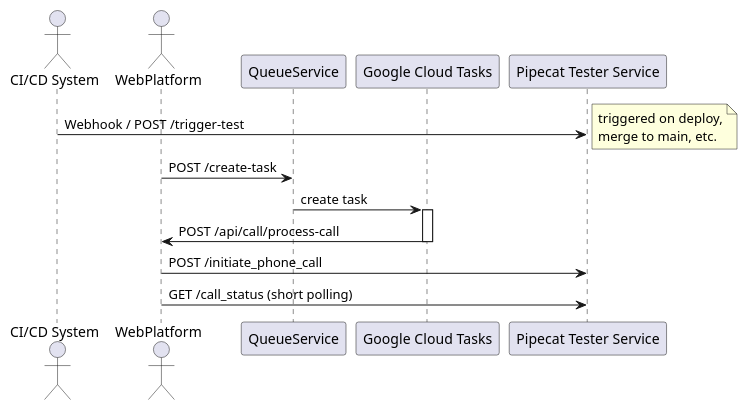
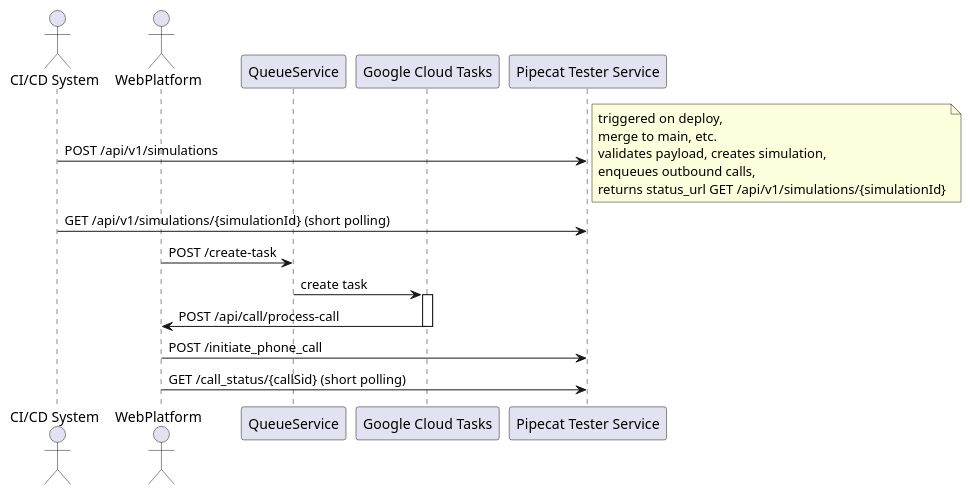
The diagram in sequence-diagram.puml (msha-spacestep/sequence-diagram), drawn with PlantUML before and after one commit.

Commit message:
Update sequence diagram to reflect API changes: modified webhook trigger to POST /api/v1/simulations, added payload validation details, and updated polling endpoints for simulation and call status.

```diff
--- a/sequence-diagram.puml
+++ b/sequence-diagram.puml
@@ -1,20 +1,22 @@
 @startuml
 actor "CI/CD System" as CICD
 actor WebPlatform
+
 participant QueueService
 participant "Google Cloud Tasks" as GCT
 participant "Pipecat Tester Service" as Pipecat
 
-CICD -> Pipecat : Webhook / POST /trigger-test
-note right: triggered on deploy,\nmerge to main, etc.
+CICD -> Pipecat : POST /api/v1/simulations
+note right: triggered on deploy,\nmerge to main, etc.\nvalidates payload, creates simulation,\nenqueues outbound calls,\nreturns status_url GET /api/v1/simulations/{simulationId}
+CICD -> Pipecat : GET /api/v1/simulations/{simulationId} (short polling)
 
 
 WebPlatform -> QueueService : POST /create-task
 QueueService -> GCT : create task
 activate GCT
 GCT -> WebPlatform : POST /api/call/process-call
 deactivate GCT
 WebPlatform -> Pipecat : POST /initiate_phone_call
-WebPlatform -> Pipecat : GET /call_status (short polling)
+WebPlatform -> Pipecat : GET /call_status/{callSid} (short polling)
 
 @enduml
```
